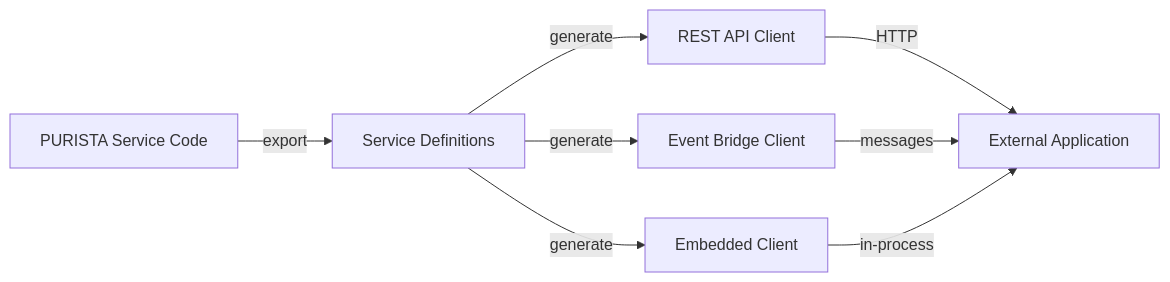
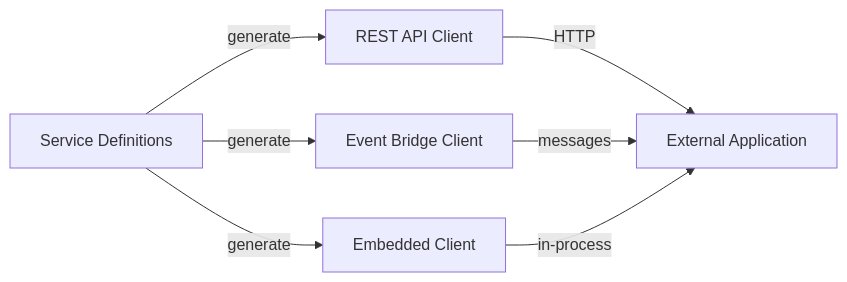
The first of 2 diagrams in web/src/content/handbook/2_building_business-logic/connect_to_a_purista_application/index.md (puristajs/purista), drawn with Mermaid before and after one commit. The commit also changed other lines of this file and 7 other files, not shown here.

````diff
--- a/web/src/content/handbook/2_building_business-logic/connect_to_a_purista_application/index.md
+++ b/web/src/content/handbook/2_building_business-logic/connect_to_a_purista_application/index.md
@@ -14,10 +11,10 @@
 ```mermaid
 flowchart LR
-    A["PURISTA Service Code"] -->|export| B["Service Definitions"]
-    B -->|generate| C["REST API Client"]
-    B -->|generate| D["Event Bridge Client"]
-    B -->|generate| E["Embedded Client"]
+    A["Service Definitions"]
+    A -->|generate| C["REST API Client"]
+    A -->|generate| D["Event Bridge Client"]
+    A -->|generate| E["Embedded Client"]
     C -->|HTTP| F["External Application"]
     D -->|messages| F
     E -->|in-process| F
 ```
````
